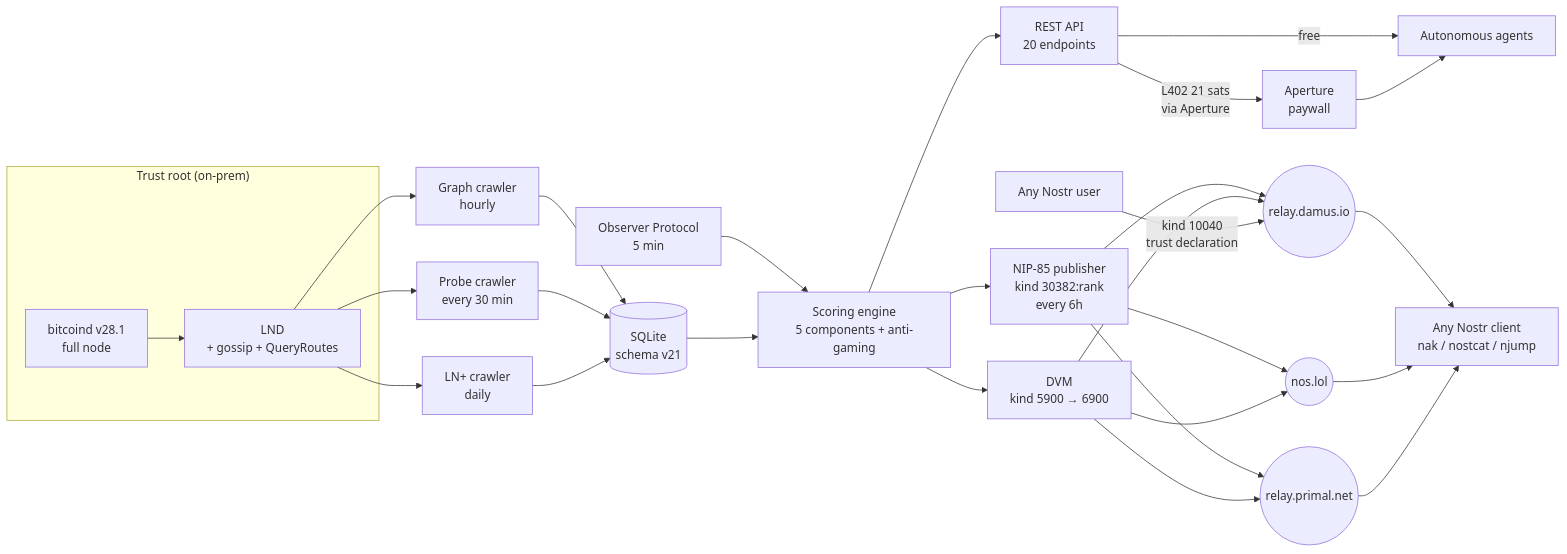
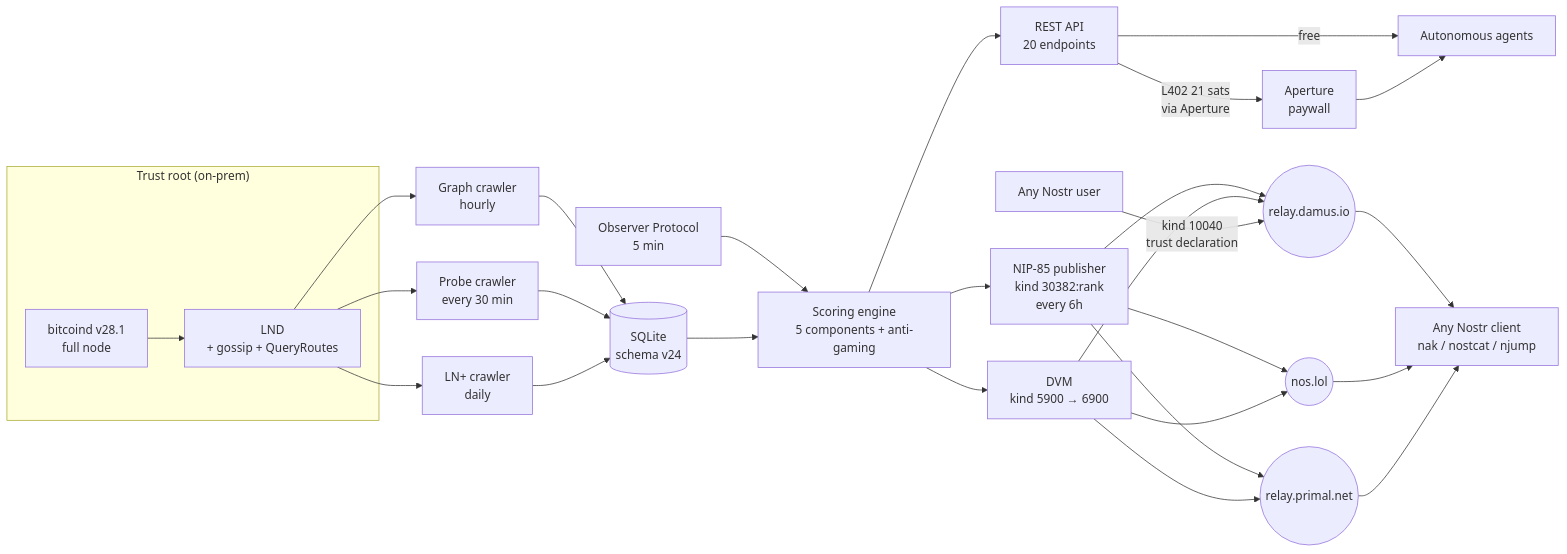
One commit to proofoftrust21/satrank changed the diagram in README.md. Above: the diagram before and after it, drawn with Mermaid. The commit also changed other lines of this file and 5 other files, not shown here.

````diff
--- a/README.md
+++ b/README.md
@@ -97,38 +97,38 @@
 ```mermaid
 flowchart LR
   subgraph Trust_Root["Trust root (on-prem)"]
     BTC[bitcoind v28.1<br/>full node]
     LND[LND<br/>+ gossip + QueryRoutes]
   end
 
   BTC --> LND
   LND --> GC[Graph crawler<br/>hourly]
   LND --> PC[Probe crawler<br/>every 30 min]
   LND --> LP[LN+ crawler<br/>daily]
   OBS[Observer Protocol<br/>5 min] --> SE
 
-  GC --> DB[(SQLite<br/>schema v21)]
+  GC --> DB[(SQLite<br/>schema v24)]
   PC --> DB
   LP --> DB
 
   DB --> SE[Scoring engine<br/>5 components + anti-gaming]
   SE --> API[REST API<br/>20 endpoints]
   SE --> NP[NIP-85 publisher<br/>kind 30382:rank<br/>every 6h]
   SE --> DVM[DVM<br/>kind 5900 → 6900]
 
   NP --> R1((relay.damus.io))
   NP --> R2((nos.lol))
   NP --> R3((relay.primal.net))
   DVM --> R1
   DVM --> R2
   DVM --> R3
 
   API -->|free| Agents
   API -->|L402 21 sats<br/>via Aperture| L402[Aperture<br/>paywall]
   L402 --> Agents[Autonomous agents]
   R1 --> Clients[Any Nostr client<br/>nak / nostcat / njump]
   R2 --> Clients
   R3 --> Clients
 
   User[Any Nostr user] -->|kind 10040<br/>trust declaration| R1
 ```
````
